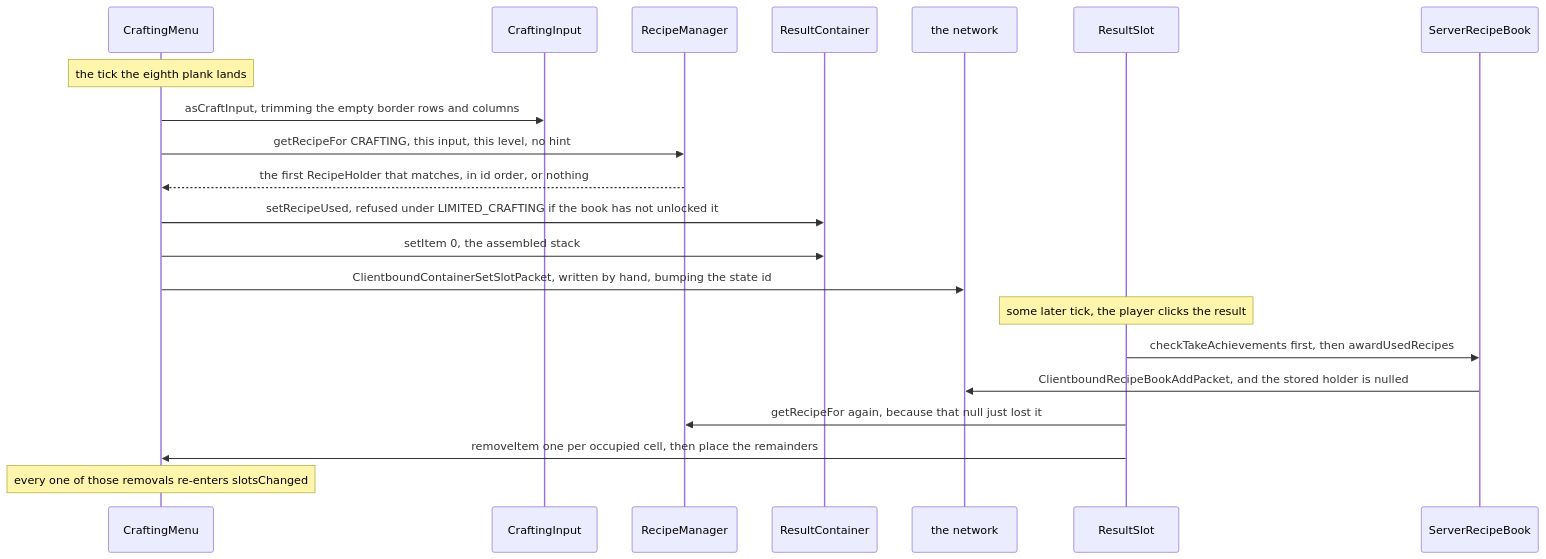
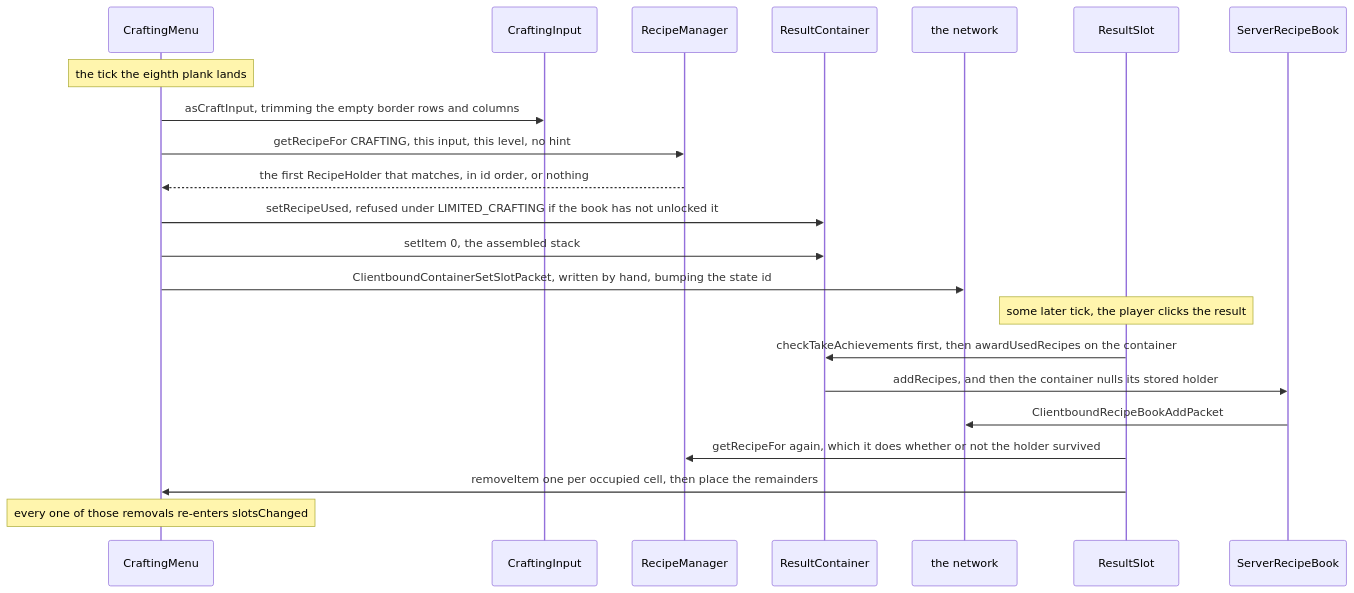
The second of 2 diagrams in src/systems/items/recipes.md (AlexanderjFraser/MinecraftDocs), drawn with Mermaid before and after one commit. The commit also changed other lines of this file and 13 other files, not shown here.

````diff
--- a/src/systems/items/recipes.md
+++ b/src/systems/items/recipes.md
@@ -107,24 +111,25 @@
 ```mermaid
 sequenceDiagram
     participant CraftM as CraftingMenu
     participant CI as CraftingInput
     participant RM as RecipeManager
     participant ResultC as ResultContainer
     participant Wire as the network
     participant ResultS as ResultSlot
     participant SRB as ServerRecipeBook
 
     Note over CraftM: the tick the eighth plank lands
     CraftM->>CI: asCraftInput, trimming the empty border rows and columns
     CraftM->>RM: getRecipeFor CRAFTING, this input, this level, no hint
     RM-->>CraftM: the first RecipeHolder that matches, in id order, or nothing
     CraftM->>ResultC: setRecipeUsed, refused under LIMITED_CRAFTING if the book has not unlocked it
     CraftM->>ResultC: setItem 0, the assembled stack
     CraftM->>Wire: ClientboundContainerSetSlotPacket, written by hand, bumping the state id
     Note over ResultS: some later tick, the player clicks the result
-    ResultS->>SRB: checkTakeAchievements first, then awardUsedRecipes
-    SRB->>Wire: ClientboundRecipeBookAddPacket, and the stored holder is nulled
-    ResultS->>RM: getRecipeFor again, because that null just lost it
+    ResultS->>ResultC: checkTakeAchievements first, then awardUsedRecipes on the container
+    ResultC->>SRB: addRecipes, and then the container nulls its stored holder
+    SRB->>Wire: ClientboundRecipeBookAddPacket
+    ResultS->>RM: getRecipeFor again, which it does whether or not the holder survived
     ResultS->>CraftM: removeItem one per occupied cell, then place the remainders
     Note over CraftM: every one of those removals re-enters slotsChanged
 ```
````
